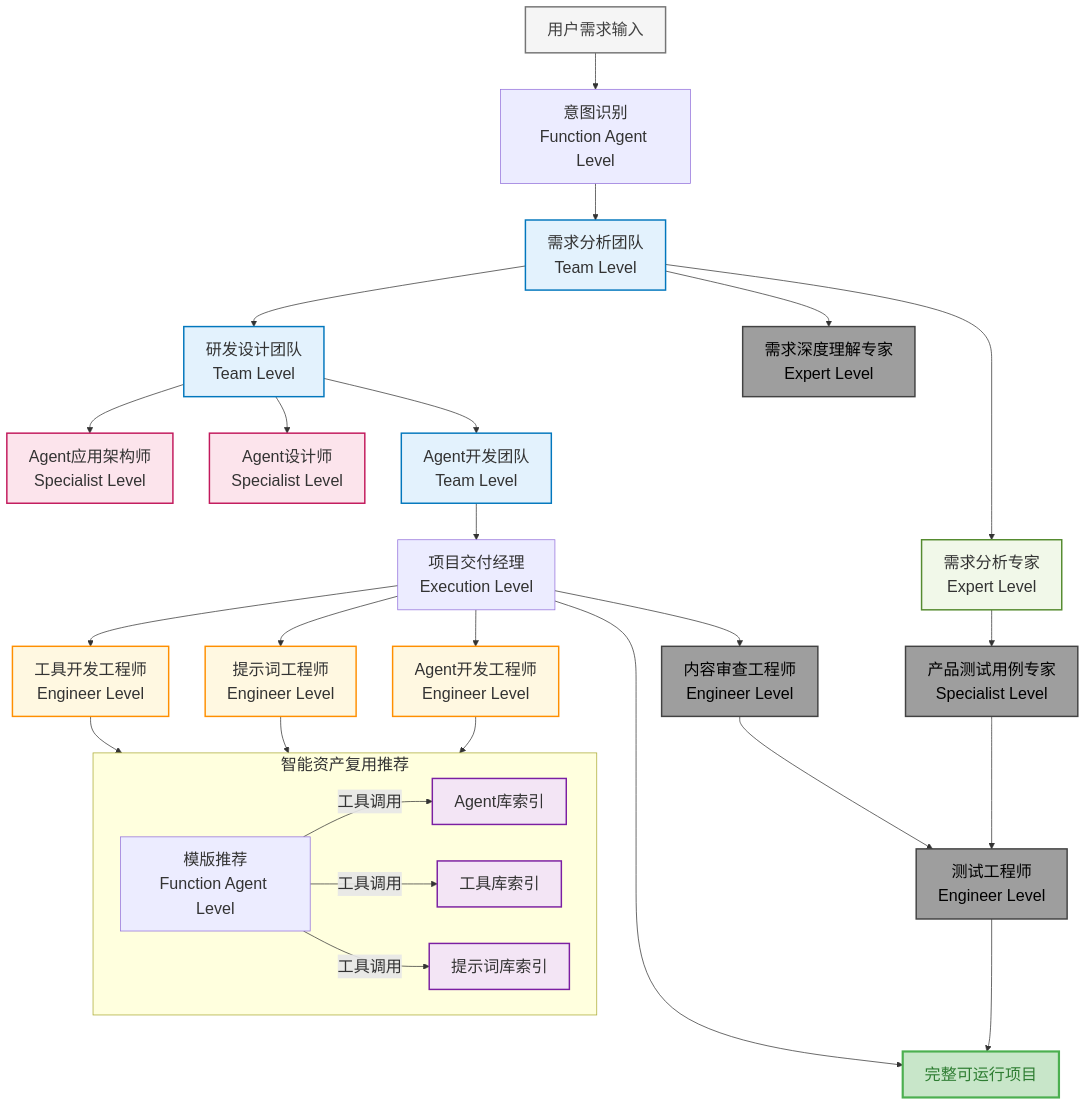
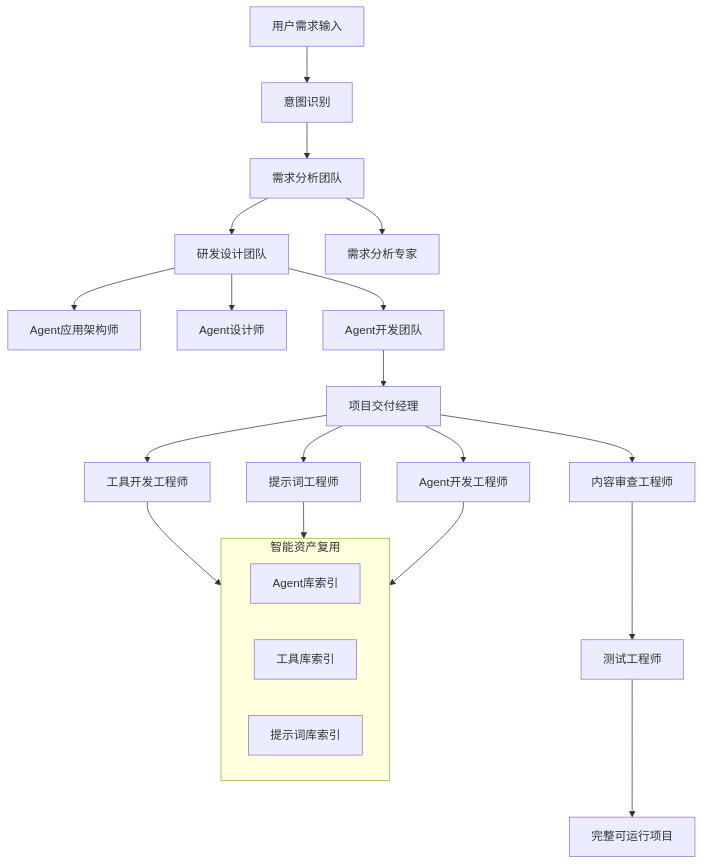
One commit to hy714335634/Nexus-AI changed the diagram in README.md. Above: the diagram before and after it, drawn with Mermaid. The commit also changed other lines of this file and 98 other files, not shown here.

````diff
--- a/README.md
+++ b/README.md
@@ -37,67 +260,31 @@
 ```mermaid
-%%{init: {'themeVariables': {'fontSize': '22px', 'fontFamily': 'Arial, sans-serif', 'primaryColor': '#e1bee7', 'primaryTextColor': '#4a148c', 'primaryBorderColor': '#8e24aa'}}}%%
 graph TD
-    %% 用户需求输入
-    UserReq[用户需求输入] --> IntentRecognition[意图识别<br/>Function Agent Level]
-    IntentRecognition --> ReqAnalysisTeam[需求分析团队<br/>Team Level]
+    UserReq[用户需求输入] --> IntentRecognition[意图识别]
+    IntentRecognition --> ReqAnalysisTeam[需求分析团队]
     
-    %% 第一层分解
-    ReqAnalysisTeam --> TaskPlanTeam[研发设计团队<br/>Team Level]
-    ReqAnalysisTeam --> ReqAnalysisExpert[需求分析专家<br/>Expert Level]
-    ReqAnalysisExpert --> ReqUseCaseExpert[产品测试用例专家<br/>Specialist Level]
-    ReqAnalysisTeam --> ReqOrgExpert[需求深度理解专家<br/>Expert Level]
+    ReqAnalysisTeam --> TaskPlanTeam[研发设计团队]
+    ReqAnalysisTeam --> ReqAnalysisExpert[需求分析专家]
     
-    %% 第二层分解
-    TaskPlanTeam --> LLMPlanner[Agent应用架构师<br/>Specialist Level]
-    TaskPlanTeam --> AgentDesigner[Agent设计师<br/>Specialist Level]
-    TaskPlanTeam --> AgentDevTeam[Agent开发团队<br/>Team Level]
+    TaskPlanTeam --> LLMPlanner[Agent应用架构师]
+    TaskPlanTeam --> AgentDesigner[Agent设计师]
+    TaskPlanTeam --> AgentDevTeam[Agent开发团队]
     
-    %% 第三层执行
-    AgentDevTeam --> ProjectDelivery[项目交付经理<br/>Execution Level]
-    ProjectDelivery --> AgentCodeDeveloper[Agent开发工程师<br/>Engineer Level]
-    ProjectDelivery --> PromptEngineer[提示词工程师<br/>Engineer Level]
-    ProjectDelivery --> ToolsDevExpert[工具开发工程师<br/>Engineer Level]
-    ContentAuditEngineer --> PoCEngineer[测试工程师<br/>Engineer Level]
-    ProjectDelivery --> ContentAuditEngineer[内容审查工程师<br/>Engineer Level]
-    ProjectDelivery --> CompleteProject[完整可运行项目]
-
+    AgentDevTeam --> ProjectDelivery[项目交付经理]
+    ProjectDelivery --> AgentCodeDeveloper[Agent开发工程师]
+    ProjectDelivery --> PromptEngineer[提示词工程师]
+    ProjectDelivery --> ToolsDevExpert[工具开发工程师]
+    ProjectDelivery --> ContentAuditEngineer[内容审查工程师]
+    ContentAuditEngineer --> PoCEngineer[测试工程师]
     
-    %% 资产复用决策
-    subgraph AssetReuse[智能资产复用推荐]
+    subgraph AssetReuse[智能资产复用]
         AgentLibCheck[Agent库索引]
         ToolLibCheck[工具库索引]
         PromptLibCheck[提示词库索引]
-        ReuseDecision[模版推荐<br/>Function Agent Level]
     end
     
-    ReqUseCaseExpert -->PoCEngineer
     ToolsDevExpert --> AssetReuse
     PromptEngineer --> AssetReuse
     AgentCodeDeveloper --> AssetReuse
-    ReuseDecision -->|工具调用| ToolLibCheck
-    ReuseDecision -->|工具调用| AgentLibCheck
-    ReuseDecision -->|工具调用| PromptLibCheck
-
     
-    %% 最终输出
     PoCEngineer --> CompleteProject[完整可运行项目]
-    
-    %% 样式定义
-    classDef rawinput fill:#f5f5f5,stroke:#757575,stroke-width:2px,color:#424242,font-size:22px;
-    classDef team fill:#e3f2fd,stroke:#0277bd,stroke-width:2px,font-size:22px;
-    classDef expert fill:#f1f8e9,stroke:#558b2f,stroke-width:2px,font-size:22px;
-    classDef specialist fill:#fce4ec,stroke:#c2185b,stroke-width:2px,font-size:22px;
-    classDef engineer fill:#fff8e1,stroke:#ff8f00,stroke-width:2px,font-size:22px;
-    classDef reuse fill:#f3e5f5,stroke:#7b1fa2,stroke-width:2px,font-size:22px;
-    classDef notuse fill:#9e9e9e,stroke:#424242,stroke-width:2px,color:#000000,font-size:22px;
-    classDef finish fill:#c8e6c9,stroke:#4caf50,stroke-width:3px,color:#2e7d32,font-size:22px;
-    
-    class ReqAnalysisTeam,TaskPlanTeam,DevTeam,AgentDevTeam team;
-    class ReqAnalysisExpert,AgentRoleExpert expert;
-    class LLMPlanner,AgentDesigner specialist;
-    class PromptEngineer,ToolsDevExpert,AgentCodeDeveloper engineer;
-    class AgentLibCheck,PromptLibCheck,ToolLibCheck reuse;
-    class ContentAuditEngineer,PoCEngineer,ReqUseCaseExpert,PromptReviewer,ReqOrgExpert notuse;
-    class CompleteProject finish
-    class UserReq rawinput
 ```
````
